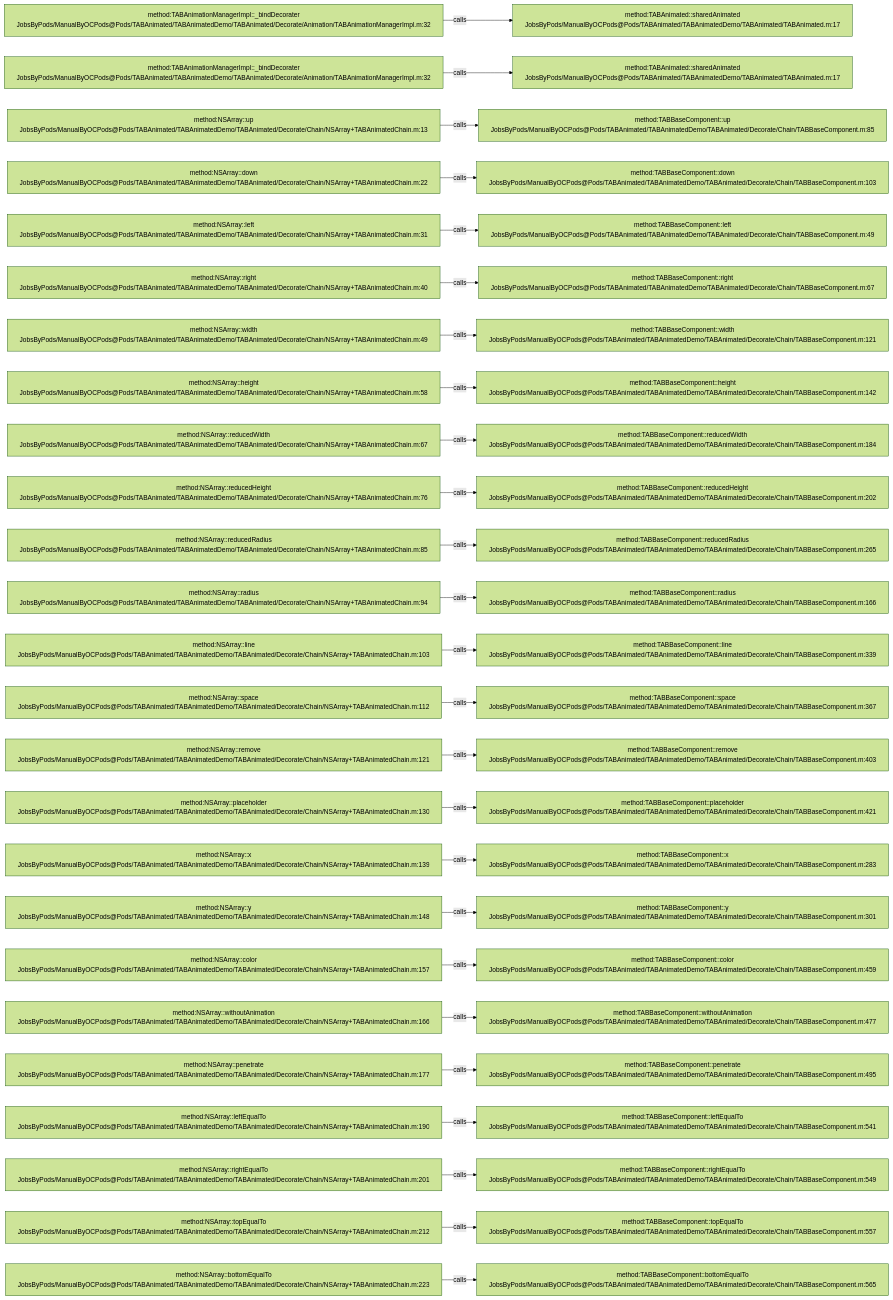
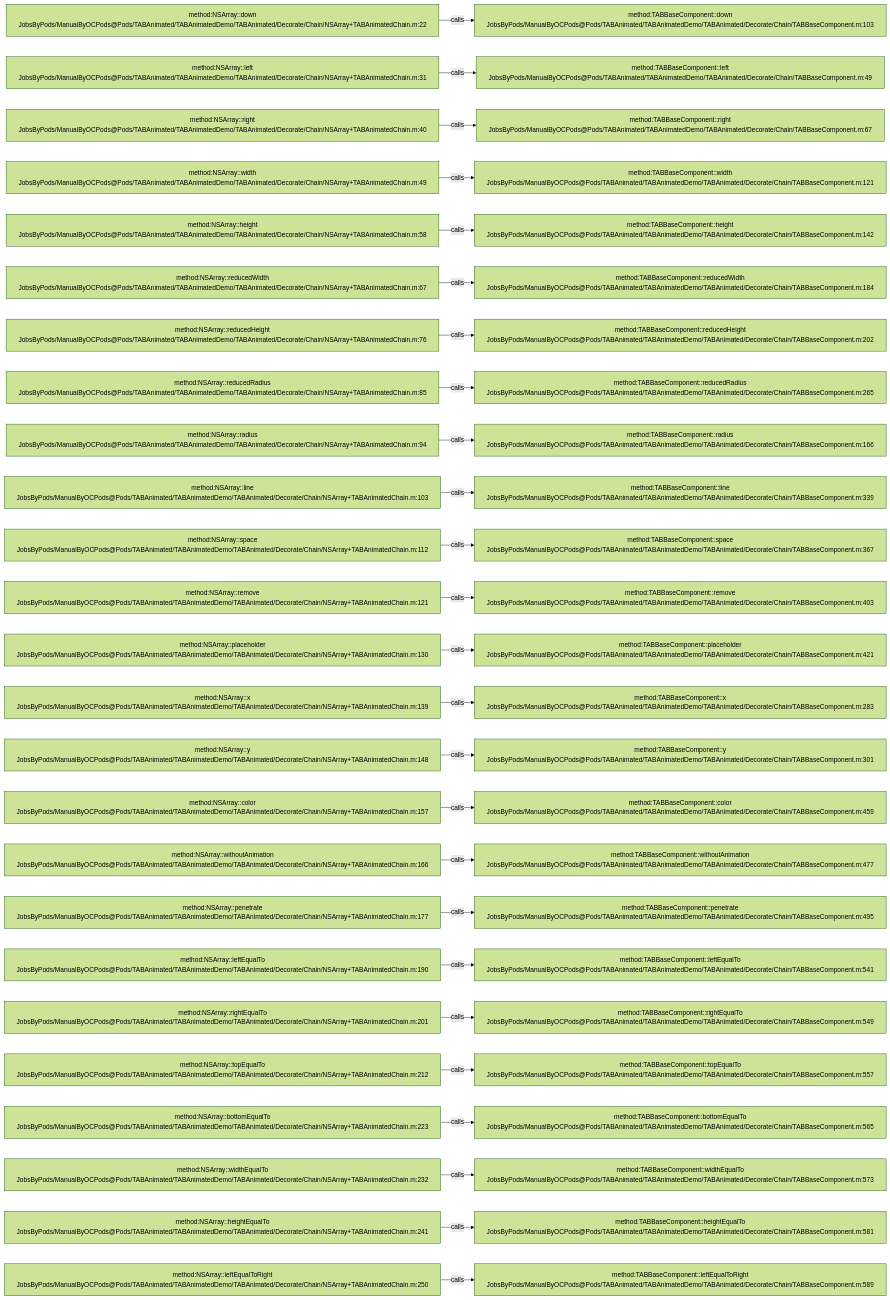
The diagram in .codegraph/codegraph.md/graphs/calls-032.md (JobsKits/JobsOCBaseConfigDemo), drawn with Mermaid (forest theme) before and after one commit. The commit also changed 342 other files, not shown here.

````diff
--- a/.codegraph/codegraph.md/graphs/calls-032.md
+++ b/.codegraph/codegraph.md/graphs/calls-032.md
@@ -13,78 +13,78 @@
 ```mermaid
 flowchart LR
-  S1["method:TABAnimationManagerImpl::_bindDecorater<br/>JobsByPods/ManualByOCPods@Pods/TABAnimated/TABAnimatedDemo/TABAnimated/Decorate/Animation/TABAnimationManagerImpl.m:32"]
-  T1["method:TABAnimated::sharedAnimated<br/>JobsByPods/ManualByOCPods@Pods/TABAnimated/TABAnimatedDemo/TABAnimated/TABAnimated.m:17"]
+  S1["method:NSArray::down<br/>JobsByPods/ManualByOCPods@Pods/TABAnimated/TABAnimatedDemo/TABAnimated/Decorate/Chain/NSArray+TABAnimatedChain.m:22"]
+  T1["method:TABBaseComponent::down<br/>JobsByPods/ManualByOCPods@Pods/TABAnimated/TABAnimatedDemo/TABAnimated/Decorate/Chain/TABBaseComponent.m:103"]
   S1 -->|calls| T1
-  S2["method:TABAnimationManagerImpl::_bindDecorater<br/>JobsByPods/ManualByOCPods@Pods/TABAnimated/TABAnimatedDemo/TABAnimated/Decorate/Animation/TABAnimationManagerImpl.m:32"]
-  T2["method:TABAnimated::sharedAnimated<br/>JobsByPods/ManualByOCPods@Pods/TABAnimated/TABAnimatedDemo/TABAnimated/TABAnimated.m:17"]
+  S2["method:NSArray::left<br/>JobsByPods/ManualByOCPods@Pods/TABAnimated/TABAnimatedDemo/TABAnimated/Decorate/Chain/NSArray+TABAnimatedChain.m:31"]
+  T2["method:TABBaseComponent::left<br/>JobsByPods/ManualByOCPods@Pods/TABAnimated/TABAnimatedDemo/TABAnimated/Decorate/Chain/TABBaseComponent.m:49"]
   S2 -->|calls| T2
-  S3["method:NSArray::up<br/>JobsByPods/ManualByOCPods@Pods/TABAnimated/TABAnimatedDemo/TABAnimated/Decorate/Chain/NSArray+TABAnimatedChain.m:13"]
-  T3["method:TABBaseComponent::up<br/>JobsByPods/ManualByOCPods@Pods/TABAnimated/TABAnimatedDemo/TABAnimated/Decorate/Chain/TABBaseComponent.m:85"]
+  S3["method:NSArray::right<br/>JobsByPods/ManualByOCPods@Pods/TABAnimated/TABAnimatedDemo/TABAnimated/Decorate/Chain/NSArray+TABAnimatedChain.m:40"]
+  T3["method:TABBaseComponent::right<br/>JobsByPods/ManualByOCPods@Pods/TABAnimated/TABAnimatedDemo/TABAnimated/Decorate/Chain/TABBaseComponent.m:67"]
   S3 -->|calls| T3
-  S4["method:NSArray::down<br/>JobsByPods/ManualByOCPods@Pods/TABAnimated/TABAnimatedDemo/TABAnimated/Decorate/Chain/NSArray+TABAnimatedChain.m:22"]
-  T4["method:TABBaseComponent::down<br/>JobsByPods/ManualByOCPods@Pods/TABAnimated/TABAnimatedDemo/TABAnimated/Decorate/Chain/TABBaseComponent.m:103"]
+  S4["method:NSArray::width<br/>JobsByPods/ManualByOCPods@Pods/TABAnimated/TABAnimatedDemo/TABAnimated/Decorate/Chain/NSArray+TABAnimatedChain.m:49"]
+  T4["method:TABBaseComponent::width<br/>JobsByPods/ManualByOCPods@Pods/TABAnimated/TABAnimatedDemo/TABAnimated/Decorate/Chain/TABBaseComponent.m:121"]
   S4 -->|calls| T4
-  S5["method:NSArray::left<br/>JobsByPods/ManualByOCPods@Pods/TABAnimated/TABAnimatedDemo/TABAnimated/Decorate/Chain/NSArray+TABAnimatedChain.m:31"]
-  T5["method:TABBaseComponent::left<br/>JobsByPods/ManualByOCPods@Pods/TABAnimated/TABAnimatedDemo/TABAnimated/Decorate/Chain/TABBaseComponent.m:49"]
+  S5["method:NSArray::height<br/>JobsByPods/ManualByOCPods@Pods/TABAnimated/TABAnimatedDemo/TABAnimated/Decorate/Chain/NSArray+TABAnimatedChain.m:58"]
+  T5["method:TABBaseComponent::height<br/>JobsByPods/ManualByOCPods@Pods/TABAnimated/TABAnimatedDemo/TABAnimated/Decorate/Chain/TABBaseComponent.m:142"]
   S5 -->|calls| T5
-  S6["method:NSArray::right<br/>JobsByPods/ManualByOCPods@Pods/TABAnimated/TABAnimatedDemo/TABAnimated/Decorate/Chain/NSArray+TABAnimatedChain.m:40"]
-  T6["method:TABBaseComponent::right<br/>JobsByPods/ManualByOCPods@Pods/TABAnimated/TABAnimatedDemo/TABAnimated/Decorate/Chain/TABBaseComponent.m:67"]
+  S6["method:NSArray::reducedWidth<br/>JobsByPods/ManualByOCPods@Pods/TABAnimated/TABAnimatedDemo/TABAnimated/Decorate/Chain/NSArray+TABAnimatedChain.m:67"]
+  T6["method:TABBaseComponent::reducedWidth<br/>JobsByPods/ManualByOCPods@Pods/TABAnimated/TABAnimatedDemo/TABAnimated/Decorate/Chain/TABBaseComponent.m:184"]
   S6 -->|calls| T6
-  S7["method:NSArray::width<br/>JobsByPods/ManualByOCPods@Pods/TABAnimated/TABAnimatedDemo/TABAnimated/Decorate/Chain/NSArray+TABAnimatedChain.m:49"]
-  T7["method:TABBaseComponent::width<br/>JobsByPods/ManualByOCPods@Pods/TABAnimated/TABAnimatedDemo/TABAnimated/Decorate/Chain/TABBaseComponent.m:121"]
+  S7["method:NSArray::reducedHeight<br/>JobsByPods/ManualByOCPods@Pods/TABAnimated/TABAnimatedDemo/TABAnimated/Decorate/Chain/NSArray+TABAnimatedChain.m:76"]
+  T7["method:TABBaseComponent::reducedHeight<br/>JobsByPods/ManualByOCPods@Pods/TABAnimated/TABAnimatedDemo/TABAnimated/Decorate/Chain/TABBaseComponent.m:202"]
   S7 -->|calls| T7
-  S8["method:NSArray::height<br/>JobsByPods/ManualByOCPods@Pods/TABAnimated/TABAnimatedDemo/TABAnimated/Decorate/Chain/NSArray+TABAnimatedChain.m:58"]
-  T8["method:TABBaseComponent::height<br/>JobsByPods/ManualByOCPods@Pods/TABAnimated/TABAnimatedDemo/TABAnimated/Decorate/Chain/TABBaseComponent.m:142"]
+  S8["method:NSArray::reducedRadius<br/>JobsByPods/ManualByOCPods@Pods/TABAnimated/TABAnimatedDemo/TABAnimated/Decorate/Chain/NSArray+TABAnimatedChain.m:85"]
+  T8["method:TABBaseComponent::reducedRadius<br/>JobsByPods/ManualByOCPods@Pods/TABAnimated/TABAnimatedDemo/TABAnimated/Decorate/Chain/TABBaseComponent.m:265"]
   S8 -->|calls| T8
-  S9["method:NSArray::reducedWidth<br/>JobsByPods/ManualByOCPods@Pods/TABAnimated/TABAnimatedDemo/TABAnimated/Decorate/Chain/NSArray+TABAnimatedChain.m:67"]
-  T9["method:TABBaseComponent::reducedWidth<br/>JobsByPods/ManualByOCPods@Pods/TABAnimated/TABAnimatedDemo/TABAnimated/Decorate/Chain/TABBaseComponent.m:184"]
+  S9["method:NSArray::radius<br/>JobsByPods/ManualByOCPods@Pods/TABAnimated/TABAnimatedDemo/TABAnimated/Decorate/Chain/NSArray+TABAnimatedChain.m:94"]
+  T9["method:TABBaseComponent::radius<br/>JobsByPods/ManualByOCPods@Pods/TABAnimated/TABAnimatedDemo/TABAnimated/Decorate/Chain/TABBaseComponent.m:166"]
   S9 -->|calls| T9
-  S10["method:NSArray::reducedHeight<br/>JobsByPods/ManualByOCPods@Pods/TABAnimated/TABAnimatedDemo/TABAnimated/Decorate/Chain/NSArray+TABAnimatedChain.m:76"]
-  T10["method:TABBaseComponent::reducedHeight<br/>JobsByPods/ManualByOCPods@Pods/TABAnimated/TABAnimatedDemo/TABAnimated/Decorate/Chain/TABBaseComponent.m:202"]
+  S10["method:NSArray::line<br/>JobsByPods/ManualByOCPods@Pods/TABAnimated/TABAnimatedDemo/TABAnimated/Decorate/Chain/NSArray+TABAnimatedChain.m:103"]
+  T10["method:TABBaseComponent::line<br/>JobsByPods/ManualByOCPods@Pods/TABAnimated/TABAnimatedDemo/TABAnimated/Decorate/Chain/TABBaseComponent.m:339"]
   S10 -->|calls| T10
-  S11["method:NSArray::reducedRadius<br/>JobsByPods/ManualByOCPods@Pods/TABAnimated/TABAnimatedDemo/TABAnimated/Decorate/Chain/NSArray+TABAnimatedChain.m:85"]
-  T11["method:TABBaseComponent::reducedRadius<br/>JobsByPods/ManualByOCPods@Pods/TABAnimated/TABAnimatedDemo/TABAnimated/Decorate/Chain/TABBaseComponent.m:265"]
+  S11["method:NSArray::space<br/>JobsByPods/ManualByOCPods@Pods/TABAnimated/TABAnimatedDemo/TABAnimated/Decorate/Chain/NSArray+TABAnimatedChain.m:112"]
+  T11["method:TABBaseComponent::space<br/>JobsByPods/ManualByOCPods@Pods/TABAnimated/TABAnimatedDemo/TABAnimated/Decorate/Chain/TABBaseComponent.m:367"]
   S11 -->|calls| T11
-  S12["method:NSArray::radius<br/>JobsByPods/ManualByOCPods@Pods/TABAnimated/TABAnimatedDemo/TABAnimated/Decorate/Chain/NSArray+TABAnimatedChain.m:94"]
-  T12["method:TABBaseComponent::radius<br/>JobsByPods/ManualByOCPods@Pods/TABAnimated/TABAnimatedDemo/TABAnimated/Decorate/Chain/TABBaseComponent.m:166"]
+  S12["method:NSArray::remove<br/>JobsByPods/ManualByOCPods@Pods/TABAnimated/TABAnimatedDemo/TABAnimated/Decorate/Chain/NSArray+TABAnimatedChain.m:121"]
+  T12["method:TABBaseComponent::remove<br/>JobsByPods/ManualByOCPods@Pods/TABAnimated/TABAnimatedDemo/TABAnimated/Decorate/Chain/TABBaseComponent.m:403"]
   S12 -->|calls| T12
-  S13["method:NSArray::line<br/>JobsByPods/ManualByOCPods@Pods/TABAnimated/TABAnimatedDemo/TABAnimated/Decorate/Chain/NSArray+TABAnimatedChain.m:103"]
-  T13["method:TABBaseComponent::line<br/>JobsByPods/ManualByOCPods@Pods/TABAnimated/TABAnimatedDemo/TABAnimated/Decorate/Chain/TABBaseComponent.m:339"]
+  S13["method:NSArray::placeholder<br/>JobsByPods/ManualByOCPods@Pods/TABAnimated/TABAnimatedDemo/TABAnimated/Decorate/Chain/NSArray+TABAnimatedChain.m:130"]
+  T13["method:TABBaseComponent::placeholder<br/>JobsByPods/ManualByOCPods@Pods/TABAnimated/TABAnimatedDemo/TABAnimated/Decorate/Chain/TABBaseComponent.m:421"]
   S13 -->|calls| T13
-  S14["method:NSArray::space<br/>JobsByPods/ManualByOCPods@Pods/TABAnimated/TABAnimatedDemo/TABAnimated/Decorate/Chain/NSArray+TABAnimatedChain.m:112"]
-  T14["method:TABBaseComponent::space<br/>JobsByPods/ManualByOCPods@Pods/TABAnimated/TABAnimatedDemo/TABAnimated/Decorate/Chain/TABBaseComponent.m:367"]
+  S14["method:NSArray::x<br/>JobsByPods/ManualByOCPods@Pods/TABAnimated/TABAnimatedDemo/TABAnimated/Decorate/Chain/NSArray+TABAnimatedChain.m:139"]
+  T14["method:TABBaseComponent::x<br/>JobsByPods/ManualByOCPods@Pods/TABAnimated/TABAnimatedDemo/TABAnimated/Decorate/Chain/TABBaseComponent.m:283"]
   S14 -->|calls| T14
-  S15["method:NSArray::remove<br/>JobsByPods/ManualByOCPods@Pods/TABAnimated/TABAnimatedDemo/TABAnimated/Decorate/Chain/NSArray+TABAnimatedChain.m:121"]
-  T15["method:TABBaseComponent::remove<br/>JobsByPods/ManualByOCPods@Pods/TABAnimated/TABAnimatedDemo/TABAnimated/Decorate/Chain/TABBaseComponent.m:403"]
+  S15["method:NSArray::y<br/>JobsByPods/ManualByOCPods@Pods/TABAnimated/TABAnimatedDemo/TABAnimated/Decorate/Chain/NSArray+TABAnimatedChain.m:148"]
+  T15["method:TABBaseComponent::y<br/>JobsByPods/ManualByOCPods@Pods/TABAnimated/TABAnimatedDemo/TABAnimated/Decorate/Chain/TABBaseComponent.m:301"]
   S15 -->|calls| T15
-  S16["method:NSArray::placeholder<br/>JobsByPods/ManualByOCPods@Pods/TABAnimated/TABAnimatedDemo/TABAnimated/Decorate/Chain/NSArray+TABAnimatedChain.m:130"]
-  T16["method:TABBaseComponent::placeholder<br/>JobsByPods/ManualByOCPods@Pods/TABAnimated/TABAnimatedDemo/TABAnimated/Decorate/Chain/TABBaseComponent.m:421"]
+  S16["method:NSArray::color<br/>JobsByPods/ManualByOCPods@Pods/TABAnimated/TABAnimatedDemo/TABAnimated/Decorate/Chain/NSArray+TABAnimatedChain.m:157"]
+  T16["method:TABBaseComponent::color<br/>JobsByPods/ManualByOCPods@Pods/TABAnimated/TABAnimatedDemo/TABAnimated/Decorate/Chain/TABBaseComponent.m:459"]
   S16 -->|calls| T16
-  S17["method:NSArray::x<br/>JobsByPods/ManualByOCPods@Pods/TABAnimated/TABAnimatedDemo/TABAnimated/Decorate/Chain/NSArray+TABAnimatedChain.m:139"]
-  T17["method:TABBaseComponent::x<br/>JobsByPods/ManualByOCPods@Pods/TABAnimated/TABAnimatedDemo/TABAnimated/Decorate/Chain/TABBaseComponent.m:283"]
+  S17["method:NSArray::withoutAnimation<br/>JobsByPods/ManualByOCPods@Pods/TABAnimated/TABAnimatedDemo/TABAnimated/Decorate/Chain/NSArray+TABAnimatedChain.m:166"]
+  T17["method:TABBaseComponent::withoutAnimation<br/>JobsByPods/ManualByOCPods@Pods/TABAnimated/TABAnimatedDemo/TABAnimated/Decorate/Chain/TABBaseComponent.m:477"]
   S17 -->|calls| T17
-  S18["method:NSArray::y<br/>JobsByPods/ManualByOCPods@Pods/TABAnimated/TABAnimatedDemo/TABAnimated/Decorate/Chain/NSArray+TABAnimatedChain.m:148"]
-  T18["method:TABBaseComponent::y<br/>JobsByPods/ManualByOCPods@Pods/TABAnimated/TABAnimatedDemo/TABAnimated/Decorate/Chain/TABBaseComponent.m:301"]
+  S18["method:NSArray::penetrate<br/>JobsByPods/ManualByOCPods@Pods/TABAnimated/TABAnimatedDemo/TABAnimated/Decorate/Chain/NSArray+TABAnimatedChain.m:177"]
+  T18["method:TABBaseComponent::penetrate<br/>JobsByPods/ManualByOCPods@Pods/TABAnimated/TABAnimatedDemo/TABAnimated/Decorate/Chain/TABBaseComponent.m:495"]
   S18 -->|calls| T18
-  S19["method:NSArray::color<br/>JobsByPods/ManualByOCPods@Pods/TABAnimated/TABAnimatedDemo/TABAnimated/Decorate/Chain/NSArray+TABAnimatedChain.m:157"]
-  T19["method:TABBaseComponent::color<br/>JobsByPods/ManualByOCPods@Pods/TABAnimated/TABAnimatedDemo/TABAnimated/Decorate/Chain/TABBaseComponent.m:459"]
+  S19["method:NSArray::leftEqualTo<br/>JobsByPods/ManualByOCPods@Pods/TABAnimated/TABAnimatedDemo/TABAnimated/Decorate/Chain/NSArray+TABAnimatedChain.m:190"]
+  T19["method:TABBaseComponent::leftEqualTo<br/>JobsByPods/ManualByOCPods@Pods/TABAnimated/TABAnimatedDemo/TABAnimated/Decorate/Chain/TABBaseComponent.m:541"]
   S19 -->|calls| T19
-  S20["method:NSArray::withoutAnimation<br/>JobsByPods/ManualByOCPods@Pods/TABAnimated/TABAnimatedDemo/TABAnimated/Decorate/Chain/NSArray+TABAnimatedChain.m:166"]
-  T20["method:TABBaseComponent::withoutAnimation<br/>JobsByPods/ManualByOCPods@Pods/TABAnimated/TABAnimatedDemo/TABAnimated/Decorate/Chain/TABBaseComponent.m:477"]
+  S20["method:NSArray::rightEqualTo<br/>JobsByPods/ManualByOCPods@Pods/TABAnimated/TABAnimatedDemo/TABAnimated/Decorate/Chain/NSArray+TABAnimatedChain.m:201"]
+  T20["method:TABBaseComponent::rightEqualTo<br/>JobsByPods/ManualByOCPods@Pods/TABAnimated/TABAnimatedDemo/TABAnimated/Decorate/Chain/TABBaseComponent.m:549"]
   S20 -->|calls| T20
-  S21["method:NSArray::penetrate<br/>JobsByPods/ManualByOCPods@Pods/TABAnimated/TABAnimatedDemo/TABAnimated/Decorate/Chain/NSArray+TABAnimatedChain.m:177"]
-  T21["method:TABBaseComponent::penetrate<br/>JobsByPods/ManualByOCPods@Pods/TABAnimated/TABAnimatedDemo/TABAnimated/Decorate/Chain/TABBaseComponent.m:495"]
+  S21["method:NSArray::topEqualTo<br/>JobsByPods/ManualByOCPods@Pods/TABAnimated/TABAnimatedDemo/TABAnimated/Decorate/Chain/NSArray+TABAnimatedChain.m:212"]
+  T21["method:TABBaseComponent::topEqualTo<br/>JobsByPods/ManualByOCPods@Pods/TABAnimated/TABAnimatedDemo/TABAnimated/Decorate/Chain/TABBaseComponent.m:557"]
   S21 -->|calls| T21
-  S22["method:NSArray::leftEqualTo<br/>JobsByPods/ManualByOCPods@Pods/TABAnimated/TABAnimatedDemo/TABAnimated/Decorate/Chain/NSArray+TABAnimatedChain.m:190"]
-  T22["method:TABBaseComponent::leftEqualTo<br/>JobsByPods/ManualByOCPods@Pods/TABAnimated/TABAnimatedDemo/TABAnimated/Decorate/Chain/TABBaseComponent.m:541"]
+  S22["method:NSArray::bottomEqualTo<br/>JobsByPods/ManualByOCPods@Pods/TABAnimated/TABAnimatedDemo/TABAnimated/Decorate/Chain/NSArray+TABAnimatedChain.m:223"]
+  T22["method:TABBaseComponent::bottomEqualTo<br/>JobsByPods/ManualByOCPods@Pods/TABAnimated/TABAnimatedDemo/TABAnimated/Decorate/Chain/TABBaseComponent.m:565"]
   S22 -->|calls| T22
-  S23["method:NSArray::rightEqualTo<br/>JobsByPods/ManualByOCPods@Pods/TABAnimated/TABAnimatedDemo/TABAnimated/Decorate/Chain/NSArray+TABAnimatedChain.m:201"]
-  T23["method:TABBaseComponent::rightEqualTo<br/>JobsByPods/ManualByOCPods@Pods/TABAnimated/TABAnimatedDemo/TABAnimated/Decorate/Chain/TABBaseComponent.m:549"]
+  S23["method:NSArray::widthEqualTo<br/>JobsByPods/ManualByOCPods@Pods/TABAnimated/TABAnimatedDemo/TABAnimated/Decorate/Chain/NSArray+TABAnimatedChain.m:232"]
+  T23["method:TABBaseComponent::widthEqualTo<br/>JobsByPods/ManualByOCPods@Pods/TABAnimated/TABAnimatedDemo/TABAnimated/Decorate/Chain/TABBaseComponent.m:573"]
   S23 -->|calls| T23
-  S24["method:NSArray::topEqualTo<br/>JobsByPods/ManualByOCPods@Pods/TABAnimated/TABAnimatedDemo/TABAnimated/Decorate/Chain/NSArray+TABAnimatedChain.m:212"]
-  T24["method:TABBaseComponent::topEqualTo<br/>JobsByPods/ManualByOCPods@Pods/TABAnimated/TABAnimatedDemo/TABAnimated/Decorate/Chain/TABBaseComponent.m:557"]
+  S24["method:NSArray::heightEqualTo<br/>JobsByPods/ManualByOCPods@Pods/TABAnimated/TABAnimatedDemo/TABAnimated/Decorate/Chain/NSArray+TABAnimatedChain.m:241"]
+  T24["method:TABBaseComponent::heightEqualTo<br/>JobsByPods/ManualByOCPods@Pods/TABAnimated/TABAnimatedDemo/TABAnimated/Decorate/Chain/TABBaseComponent.m:581"]
   S24 -->|calls| T24
-  S25["method:NSArray::bottomEqualTo<br/>JobsByPods/ManualByOCPods@Pods/TABAnimated/TABAnimatedDemo/TABAnimated/Decorate/Chain/NSArray+TABAnimatedChain.m:223"]
-  T25["method:TABBaseComponent::bottomEqualTo<br/>JobsByPods/ManualByOCPods@Pods/TABAnimated/TABAnimatedDemo/TABAnimated/Decorate/Chain/TABBaseComponent.m:565"]
+  S25["method:NSArray::leftEqualToRight<br/>JobsByPods/ManualByOCPods@Pods/TABAnimated/TABAnimatedDemo/TABAnimated/Decorate/Chain/NSArray+TABAnimatedChain.m:250"]
+  T25["method:TABBaseComponent::leftEqualToRight<br/>JobsByPods/ManualByOCPods@Pods/TABAnimated/TABAnimatedDemo/TABAnimated/Decorate/Chain/TABBaseComponent.m:589"]
   S25 -->|calls| T25
 ```
````
